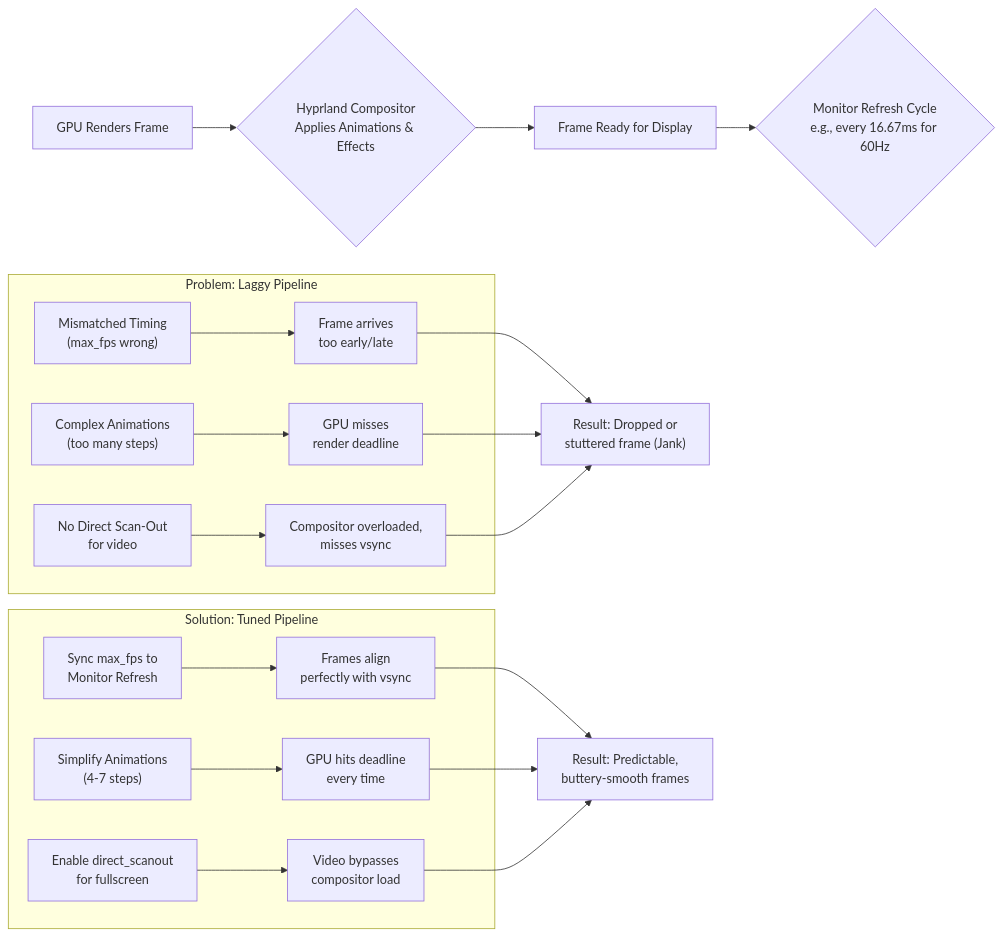
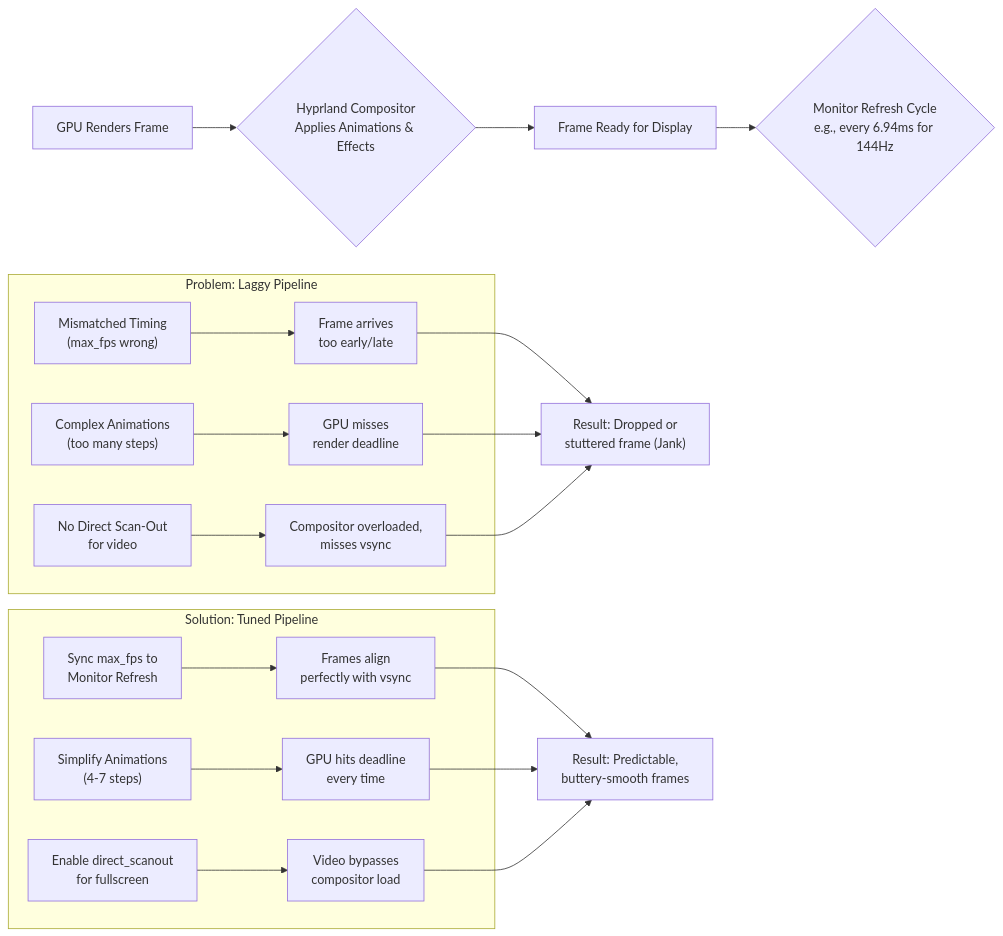
One commit to htghuzaifa2/huzi.pk-web-v2 changed the diagram in src/data/blogs/posts/tech/hyprland-animations-lag-gpu-fix.md. Above: the diagram before and after it, drawn with Mermaid. The commit also changed other lines of this file and 488 other files, not shown here.

````diff
--- a/src/data/blogs/posts/tech/hyprland-animations-lag-gpu-fix.md
+++ b/src/data/blogs/posts/tech/hyprland-animations-lag-gpu-fix.md
@@ -120,27 +165,27 @@
 ```mermaid
 flowchart LR
     A[GPU Renders Frame] --> B{Hyprland Compositor<br>Applies Animations & Effects}
     B --> C[Frame Ready for Display]
     
-    C --> D{Monitor Refresh Cycle<br>e.g., every 16.67ms for 60Hz}
+    C --> D{Monitor Refresh Cycle<br>e.g., every 6.94ms for 144Hz}
     
     subgraph E[Problem: Laggy Pipeline]
         F["Mismatched Timing<br>(max_fps wrong)"] --> G["Frame arrives<br>too early/late"]
         H["Complex Animations<br>(too many steps)"] --> I["GPU misses<br>render deadline"]
         J["No Direct Scan-Out<br>for video"] --> K["Compositor overloaded,<br>misses vsync"]
     end
     
     G --> L["Result: Dropped or<br>stuttered frame (Jank)"]
     I --> L
     K --> L
     
     subgraph M[Solution: Tuned Pipeline]
         N["Sync max_fps to<br>Monitor Refresh"] --> O["Frames align<br>perfectly with vsync"]
         P["Simplify Animations<br>(4-7 steps)"] --> Q["GPU hits deadline<br>every time"]
         R["Enable direct_scanout<br>for fullscreen"] --> S["Video bypasses<br>compositor load"]
     end
     
     O --> T["Result: Predictable,<br>buttery-smooth frames"]
     Q --> T
     S --> T
 ```
````
